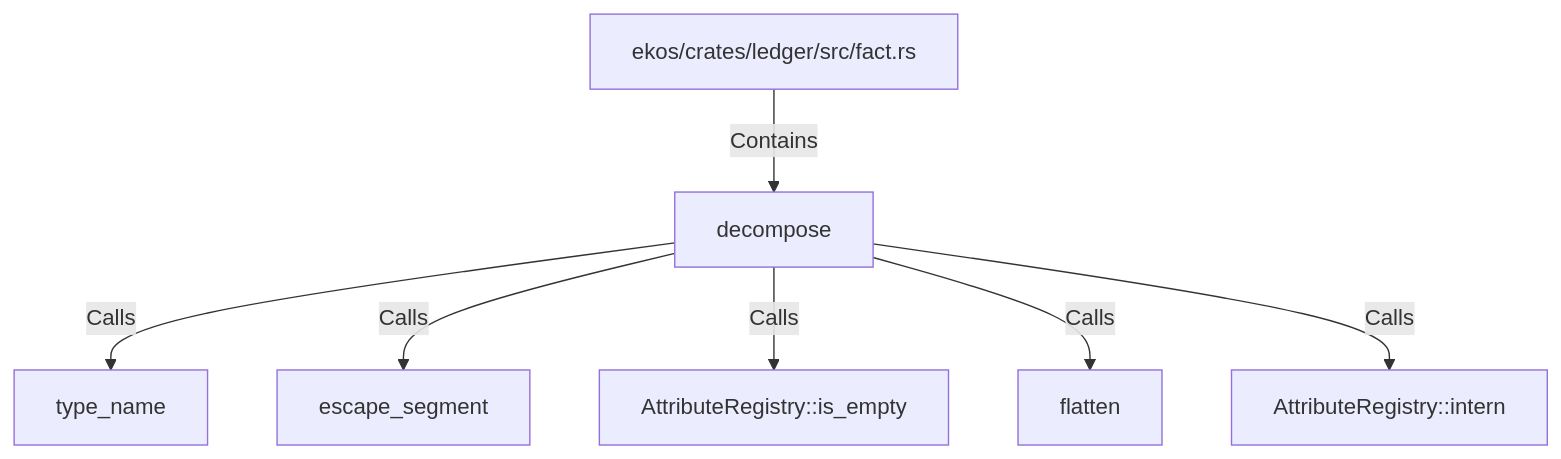
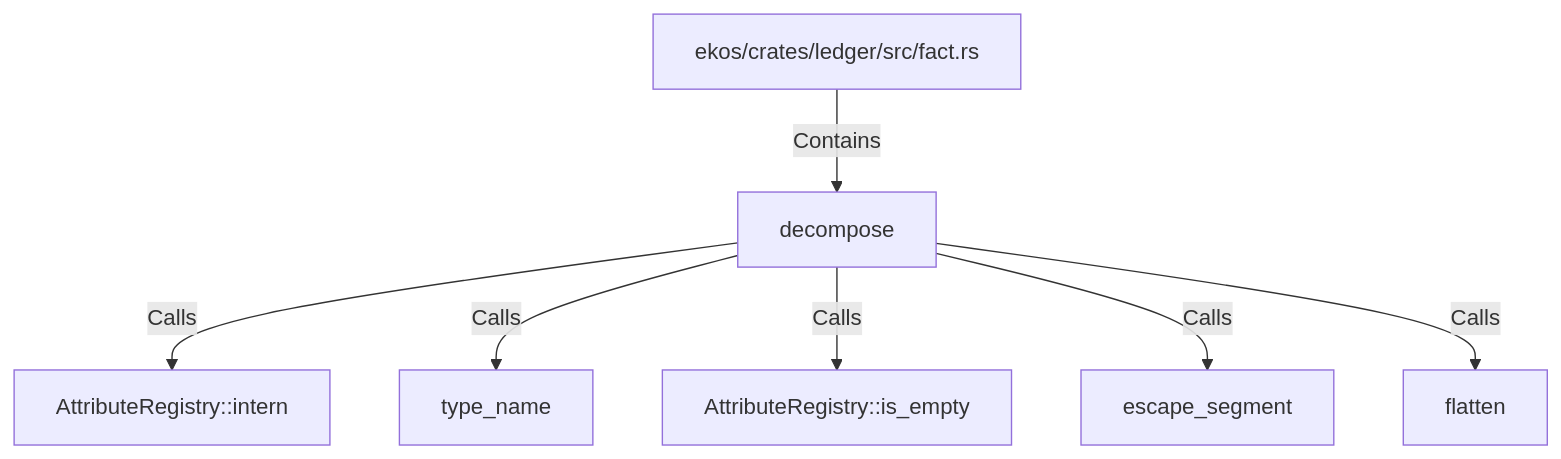
One commit to alexeyban/EKOS changed the diagram in doc/entities/rustsymbol/de/decompose.md. Above: the diagram before and after it, drawn with Mermaid. The commit also changed other lines of this file and 552 other files, not shown here.

````diff
--- a/doc/entities/rustsymbol/de/decompose.md
+++ b/doc/entities/rustsymbol/de/decompose.md
@@ -25,16 +25,16 @@
 ```mermaid
 graph TD
     na37fe3f94d7a596db18fe9d9d4931c36["decompose"]
     n7837f9fa71785151a068e75361336c37["ekos/crates/ledger/src/fact.rs"]
     n7837f9fa71785151a068e75361336c37 -->|Contains| na37fe3f94d7a596db18fe9d9d4931c36
+    n1f29bac1ffa95110bbe26742ce05b657["AttributeRegistry::intern"]
+    na37fe3f94d7a596db18fe9d9d4931c36 -->|Calls| n1f29bac1ffa95110bbe26742ce05b657
     n94c95a8be28c584dba0fe8212edd1910["type_name"]
     na37fe3f94d7a596db18fe9d9d4931c36 -->|Calls| n94c95a8be28c584dba0fe8212edd1910
+    n9cdd0396a4a65ba7b14240240858e67e["AttributeRegistry::is_empty"]
+    na37fe3f94d7a596db18fe9d9d4931c36 -->|Calls| n9cdd0396a4a65ba7b14240240858e67e
     n36efc95306f855fd8c9b56ab9c679642["escape_segment"]
     na37fe3f94d7a596db18fe9d9d4931c36 -->|Calls| n36efc95306f855fd8c9b56ab9c679642
-    n9cdd0396a4a65ba7b14240240858e67e["AttributeRegistry::is_empty"]
-    na37fe3f94d7a596db18fe9d9d4931c36 -->|Calls| n9cdd0396a4a65ba7b14240240858e67e
     nbf6d717e62f85503b991dc1cf3358b97["flatten"]
     na37fe3f94d7a596db18fe9d9d4931c36 -->|Calls| nbf6d717e62f85503b991dc1cf3358b97
-    n1f29bac1ffa95110bbe26742ce05b657["AttributeRegistry::intern"]
-    na37fe3f94d7a596db18fe9d9d4931c36 -->|Calls| n1f29bac1ffa95110bbe26742ce05b657
 ```
````
